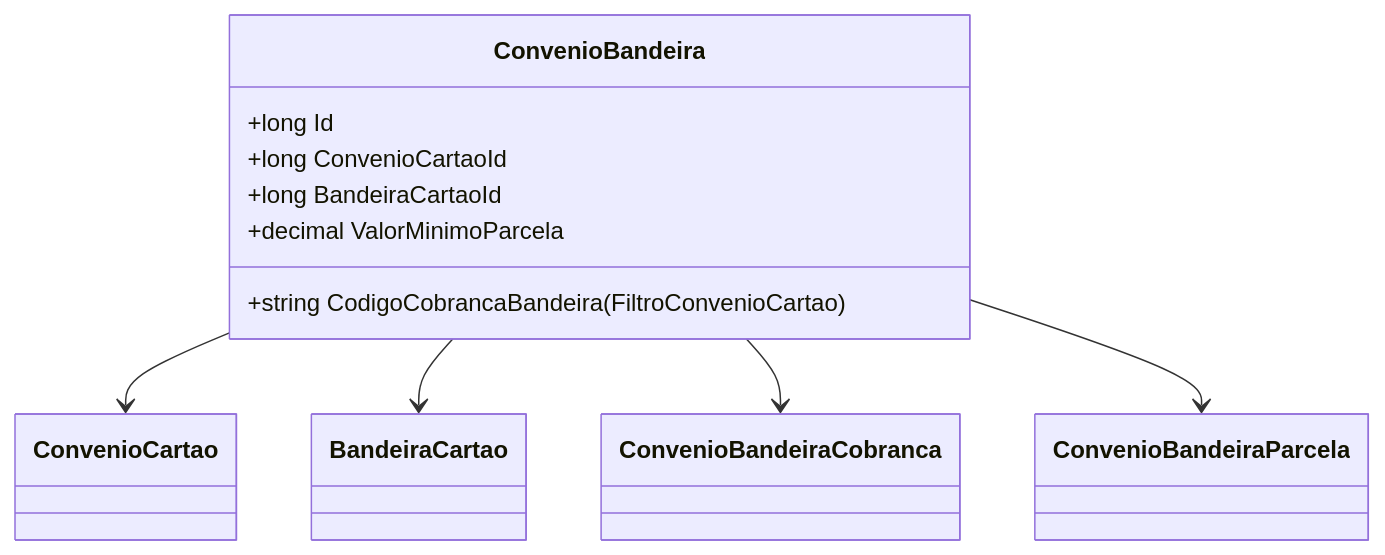
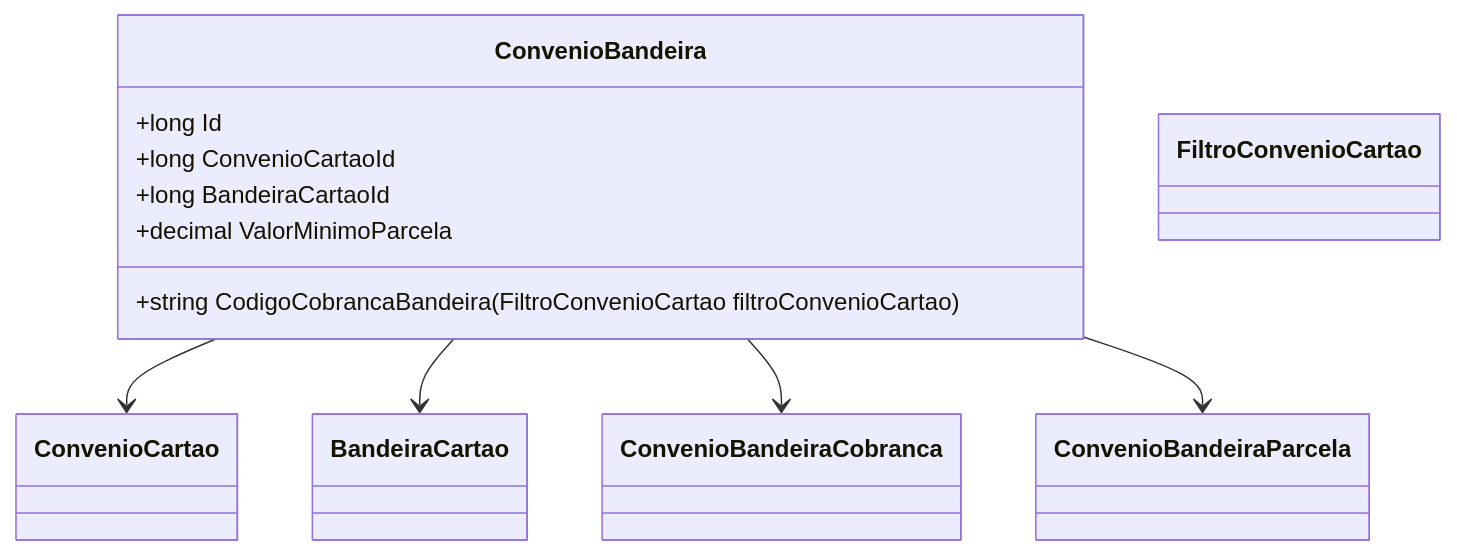
Before and after one commit to IsthmusSistemas/documentacao-tecnica: the second of 2 diagrams in docs/b2b-dominio/IsthmusWinthor.Nucleo/IsthmusWinthor.Dominio/Entidades/ConvenioBandeira.md, drawn with Mermaid. The commit also changed other lines of this file and 882 other files, not shown here.

````diff
--- a/docs/b2b-dominio/IsthmusWinthor.Nucleo/IsthmusWinthor.Dominio/Entidades/ConvenioBandeira.md
+++ b/docs/b2b-dominio/IsthmusWinthor.Nucleo/IsthmusWinthor.Dominio/Entidades/ConvenioBandeira.md
@@ -43,20 +45,21 @@
 ```mermaid
 classDiagram
     class ConvenioBandeira {
         +long Id
         +long ConvenioCartaoId
         +long BandeiraCartaoId
         +decimal ValorMinimoParcela
-        +string CodigoCobrancaBandeira(FiltroConvenioCartao)
+        +string CodigoCobrancaBandeira(FiltroConvenioCartao filtroConvenioCartao)
     }
-    
+
     class ConvenioCartao
     class BandeiraCartao
     class ConvenioBandeiraCobranca
     class ConvenioBandeiraParcela
+    class FiltroConvenioCartao
 
     ConvenioBandeira --> ConvenioCartao
     ConvenioBandeira --> BandeiraCartao
     ConvenioBandeira --> ConvenioBandeiraCobranca
     ConvenioBandeira --> ConvenioBandeiraParcela
 ```
````
